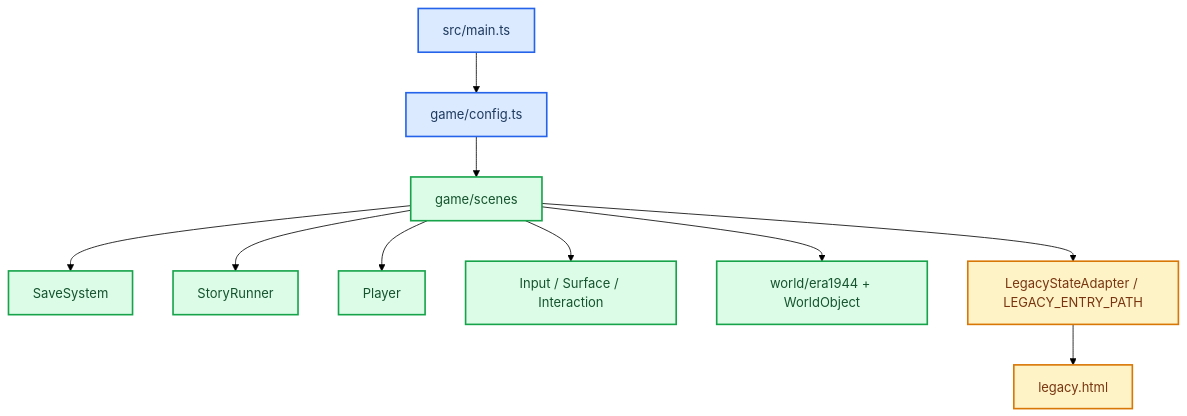
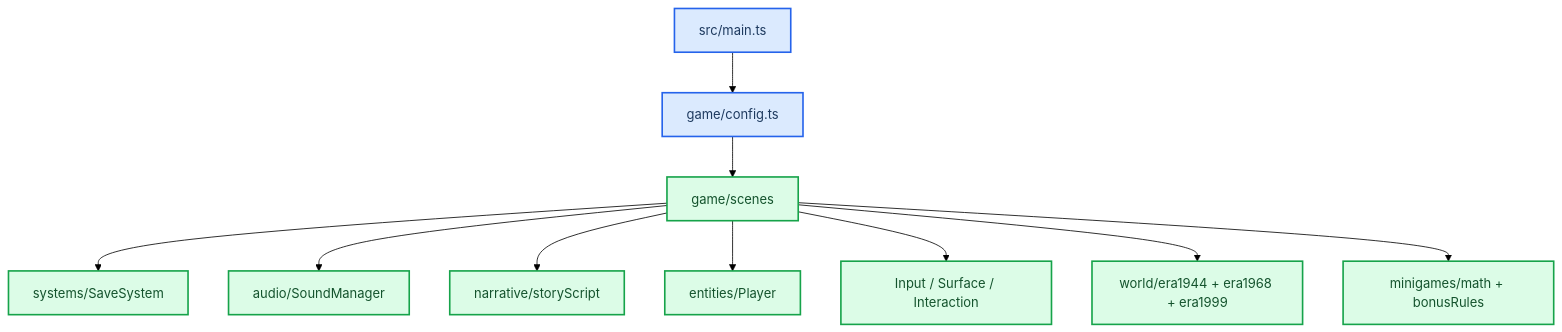
The second of 3 diagrams in docs/ARCHITECTURE.md (will702/hearts-across-time), drawn with Mermaid (forest theme) before and after one commit. The commit also changed other lines of this file and 58 other files, not shown here.

````diff
--- a/docs/ARCHITECTURE.md
+++ b/docs/ARCHITECTURE.md
@@ -58,19 +69,17 @@
 ```mermaid
 flowchart TB
     main[src/main.ts] --> config[game/config.ts]
     config --> scenes[game/scenes]
-    scenes --> save[SaveSystem]
-    scenes --> story[StoryRunner]
-    scenes --> player[Player]
+    scenes --> save[systems/SaveSystem]
+    scenes --> sound[audio/SoundManager]
+    scenes --> script[narrative/storyScript]
+    scenes --> player[entities/Player]
     scenes --> systems[Input / Surface / Interaction]
-    scenes --> world[world/era1944 + WorldObject]
-    scenes --> boundary[LegacyStateAdapter / LEGACY_ENTRY_PATH]
-    boundary --> legacy[legacy.html]
+    scenes --> world[world/era1944 + era1968 + era1999]
+    scenes --> rules[minigames/math + bonusRules]
 
     classDef entry fill:#dbeafe,stroke:#2563eb,stroke-width:2px,color:#1e3a5f
     classDef domain fill:#dcfce7,stroke:#16a34a,stroke-width:2px,color:#14532d
-    classDef boundaryStyle fill:#fef3c7,stroke:#d97706,stroke-width:2px,color:#78350f
     class main,config entry
-    class scenes,save,story,player,systems,world domain
-    class boundary,legacy boundaryStyle
+    class scenes,save,sound,script,player,systems,world,rules domain
 ```
````
